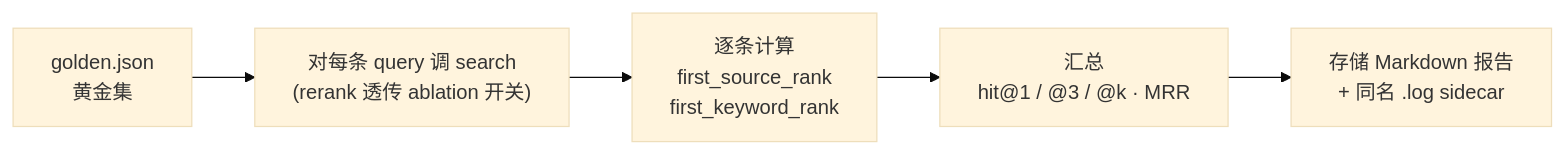
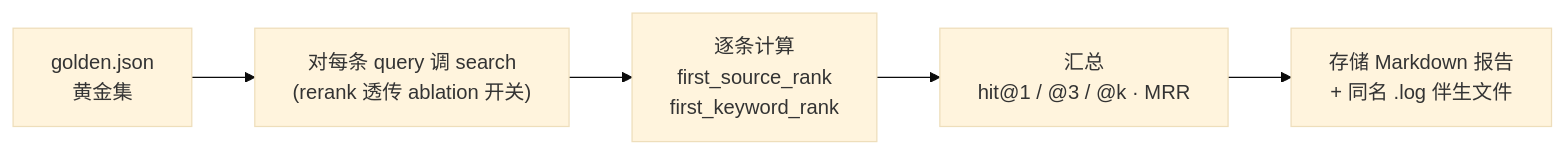
Diagram 12 of 20 in docs/design.md (michaelwangzhenan/AgentA), drawn with Mermaid (base theme) before and after one commit. The commit also changed other lines of this file and 24 other files, not shown here.

````diff
--- a/docs/design.md
+++ b/docs/design.md
@@ -292,7 +292,7 @@
 ```mermaid
 flowchart LR
     G["golden.json<br/>黄金集"] --> R["对每条 query 调 search<br/>(rerank 透传 ablation 开关)"]
     R --> M["逐条计算<br/>first_source_rank<br/>first_keyword_rank"]
     M --> A["汇总<br/>hit@1 / @3 / @k · MRR"]
-    A --> O["存储 Markdown 报告<br/>+ 同名 .log sidecar"]
+    A --> O["存储 Markdown 报告<br/>+ 同名 .log 伴生文件"]
 ```
````
